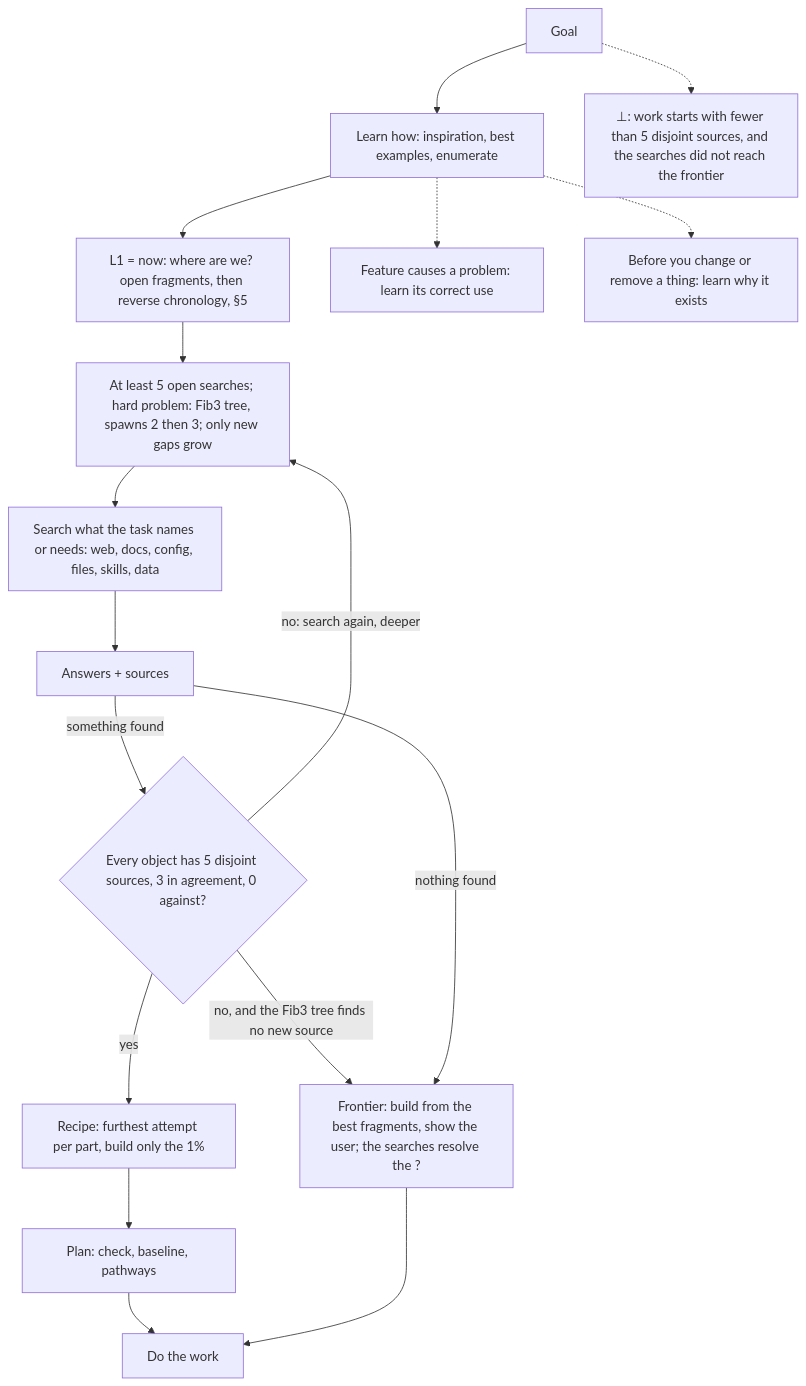
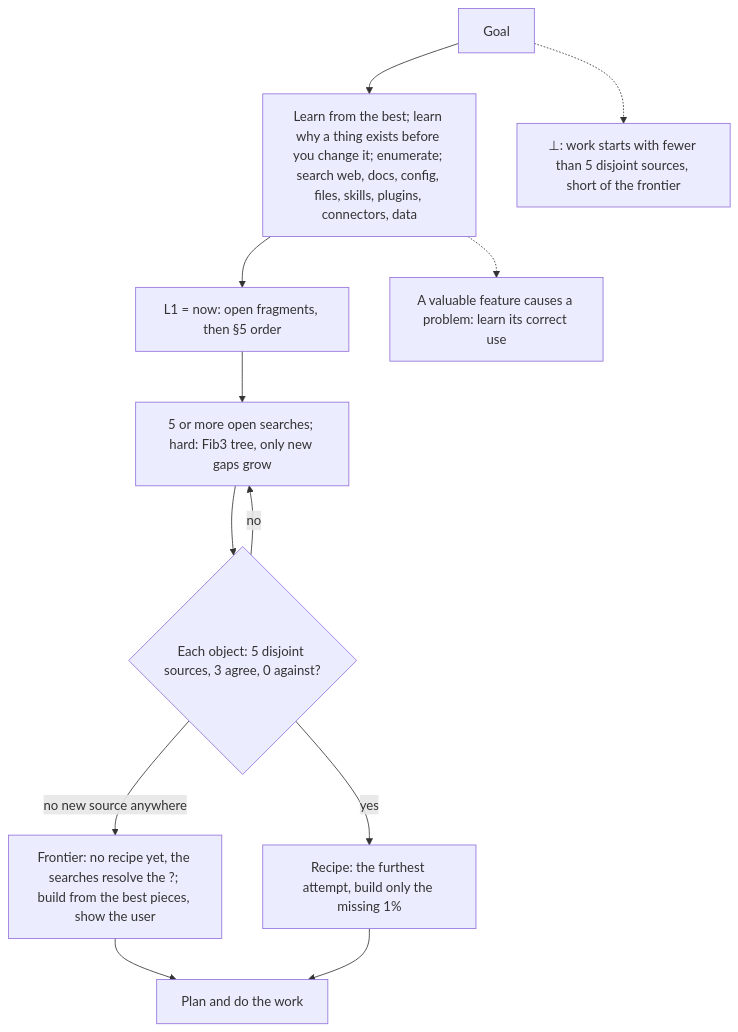
Before and after one commit to SolenixAI/arbiter: the fourth of 14 diagrams in AGENTS.md, drawn with Mermaid. The commit also changed other lines of this file and 5 other files, not shown here.

First line of the commit message:
feat(agents): root v2, every token earns its place, 0 contradictions with 5:0 (#52)

````diff
--- a/AGENTS.md
+++ b/AGENTS.md
@@ -229,12 +158,10 @@
 ```mermaid
 flowchart TD
-  G[Goal] --> L[Learn how: inspiration, best examples, enumerate] --> F1["L1 = now: where are we? open fragments, then reverse chronology, §5"] --> Q["At least 5 open searches; hard problem: Fib3 tree, spawns 2 then 3; only new gaps grow"] --> S[Search what the task names or needs: web, docs, config, files, skills, data]
-  S --> A[Answers + sources] -->|something found| N{Every object has 5 disjoint sources, 3 in agreement, 0 against?}
-  N -->|no: search again, deeper| Q
-  N -->|no, and the Fib3 tree finds no new source| U
-  N -->|yes| R[Recipe: furthest attempt per part, build only the 1%] --> P[Plan: check, baseline, pathways] --> B[Do the work]
-  A -->|nothing found| U["Frontier: build from the best fragments, show the user; the searches resolve the ?"] --> B
-  L -.-> NB[Feature causes a problem: learn its correct use]
-  L -.-> CF[Before you change or remove a thing: learn why it exists]
-  G -.-> BOT["⊥: work starts with fewer than 5 disjoint sources, and the searches did not reach the frontier"]
+  G[Goal] --> L["Learn from the best; learn why a thing exists before you change it; enumerate; search web, docs, config, files, skills, plugins, connectors, data"] --> F1["L1 = now: open fragments, then §5 order"] --> Q["5 or more open searches; hard: Fib3 tree, only new gaps grow"]
+  Q --> N{"Each object: 5 disjoint sources, 3 agree, 0 against?"}
+  N -->|no| Q
+  N -->|no new source anywhere| U["Frontier: no recipe yet, the searches resolve the ?; build from the best pieces, show the user"] --> B[Plan and do the work]
+  N -->|yes| R["Recipe: the furthest attempt, build only the missing 1%"] --> B
+  L -.-> NB["A valuable feature causes a problem: learn its correct use"]
+  G -.-> BOT["⊥: work starts with fewer than 5 disjoint sources, short of the frontier"]
 ```
````
